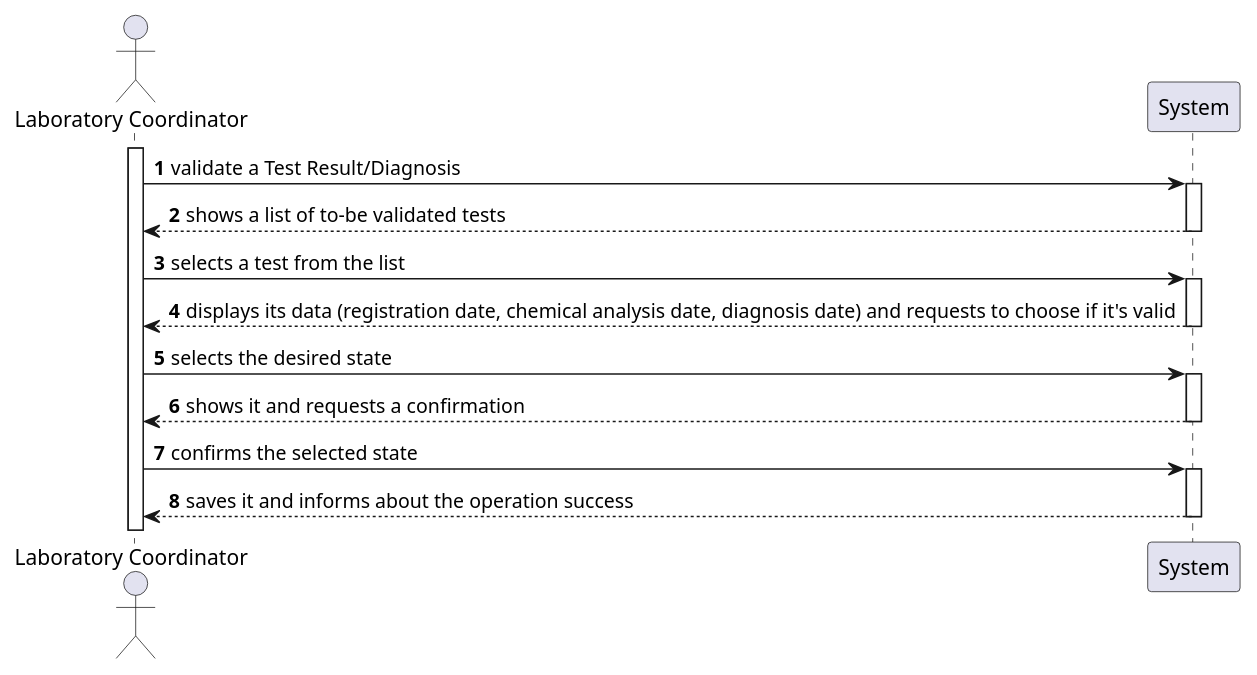
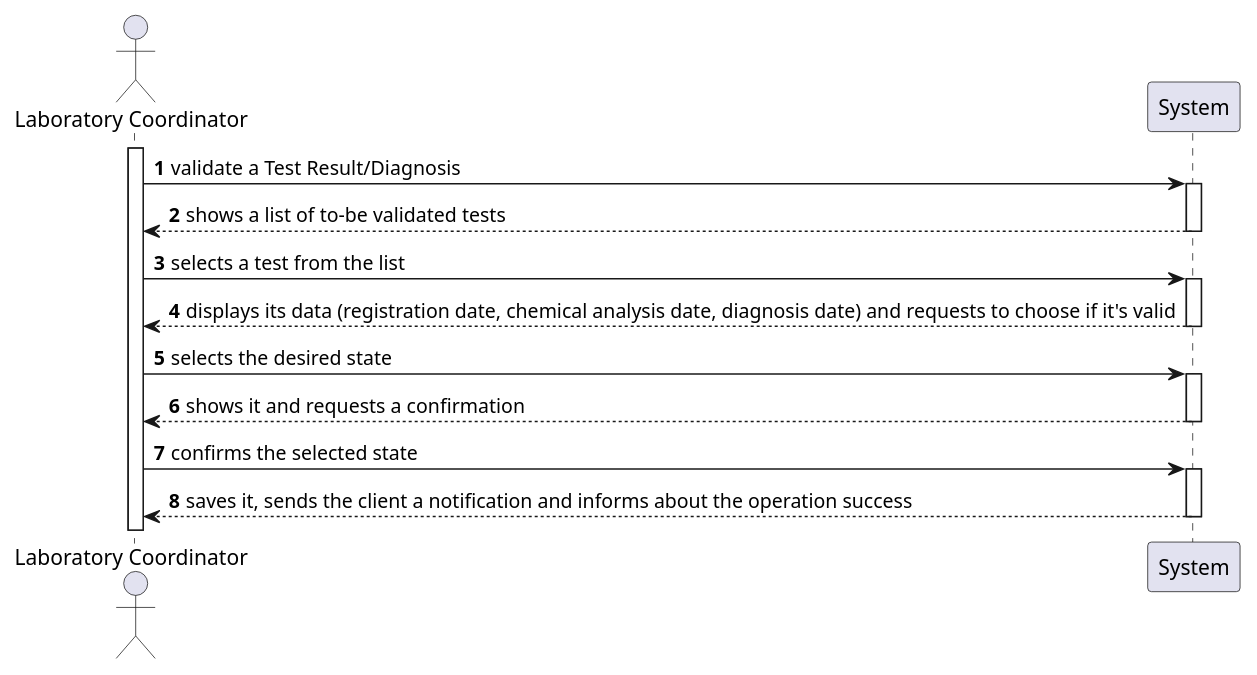
One commit to 0franciscor/lei-21-s2-1de-g19 changed the diagram in docs/SprintC/US15/US15-SSD.puml. Above: the diagram before and after it, drawn with PlantUML. The commit also changed 4 other files, not shown here.

```diff
--- a/docs/SprintC/US15/US15-SSD.puml
+++ b/docs/SprintC/US15/US15-SSD.puml
@@ -1,16 +1,16 @@
 @startuml
 autonumber
 
 actor "Laboratory Coordinator" as labC
 activate labC
 
 labC -> System ++: validate a Test Result/Diagnosis
 System --> labC --: shows a list of to-be validated tests
 labC -> System ++: selects a test from the list
 System -->  labC --: displays its data (registration date, chemical analysis date, diagnosis date) and requests to choose if it's valid
 labC ->  System ++: selects the desired state
 System --> labC --: shows it and requests a confirmation
 labC -> System ++: confirms the selected state
-System --> labC --: saves it and informs about the operation success
+System --> labC --: saves it, sends the client a notification and informs about the operation success
 
 @enduml
```
